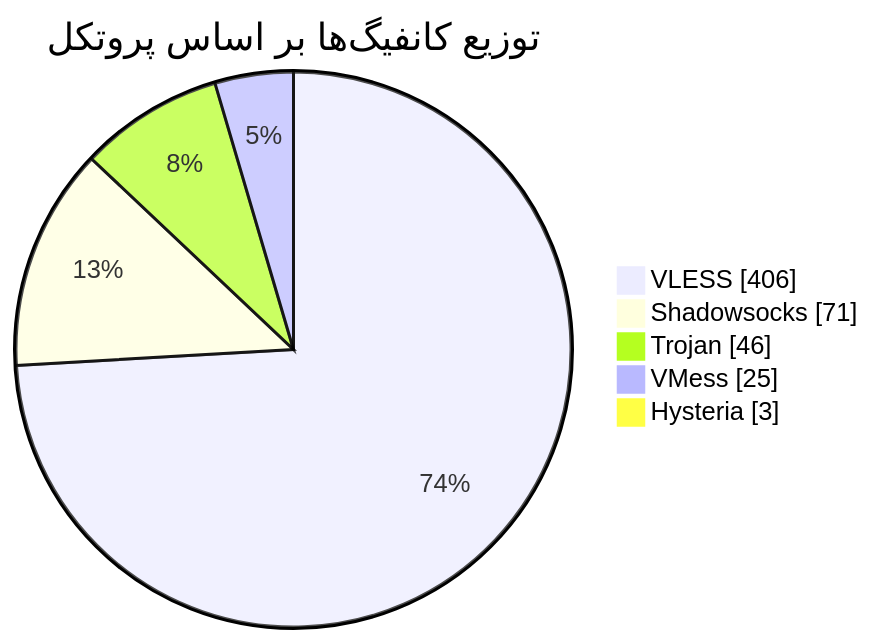
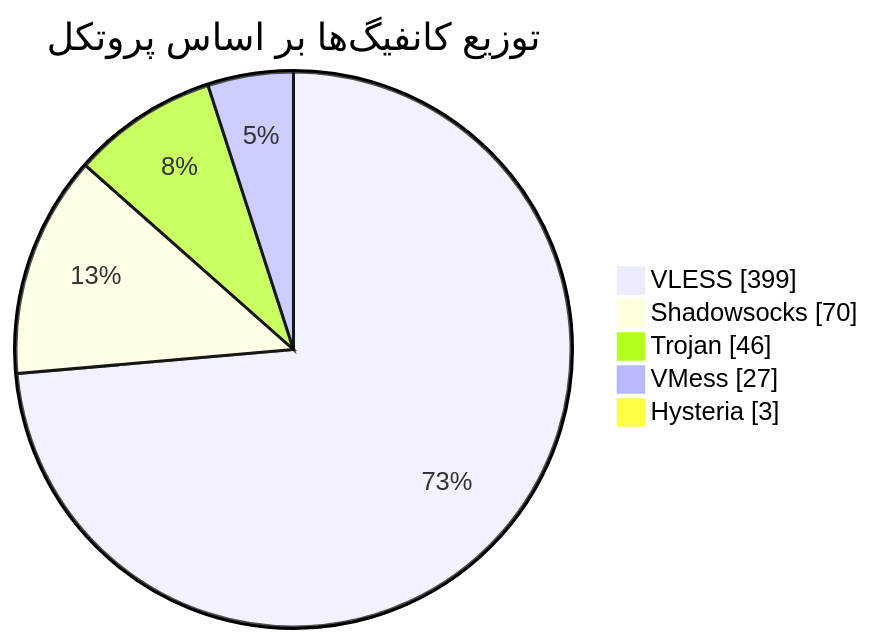
Before and after one commit to Arian-Alijani/Somthing: the diagram in README.md, drawn with Mermaid. The commit also changed other lines of this file and 75 other files, not shown here.

````diff
--- a/README.md
+++ b/README.md
@@ -47,9 +47,9 @@
 ```mermaid
 pie showData
     title توزیع کانفیگ‌ها بر اساس پروتکل
-    "VLESS" : 406
-    "Shadowsocks" : 71
+    "VLESS" : 399
+    "Shadowsocks" : 70
     "Trojan" : 46
-    "VMess" : 25
+    "VMess" : 27
     "Hysteria" : 3
 ```
````
